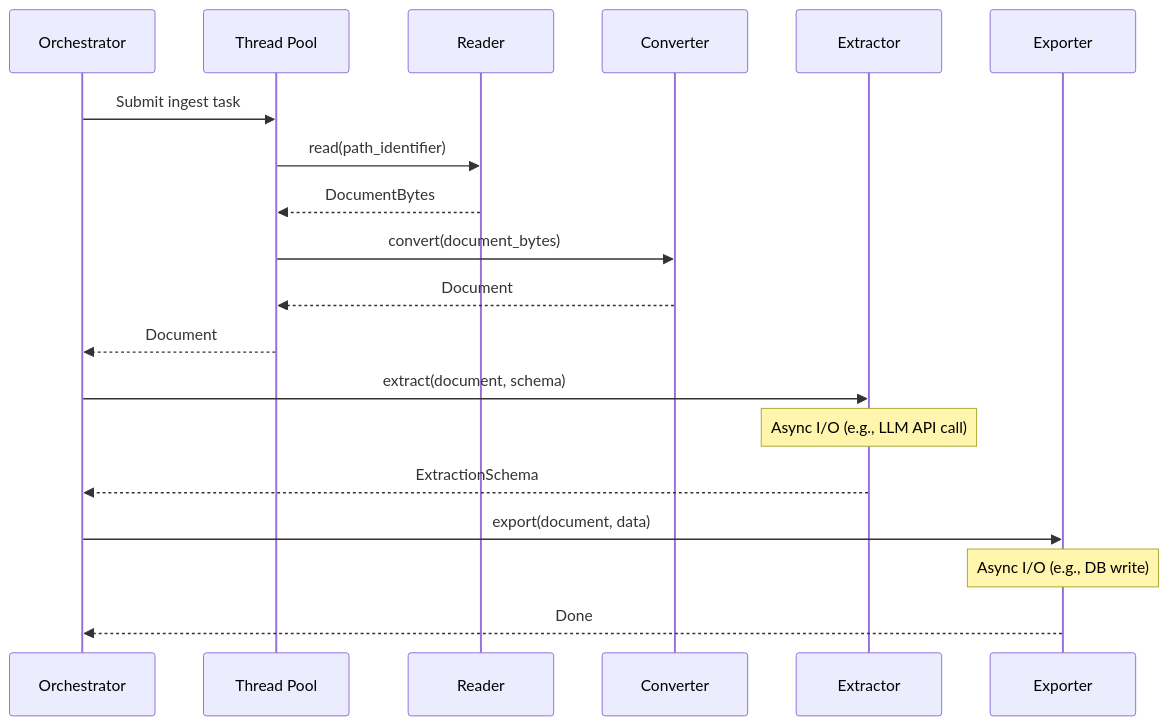
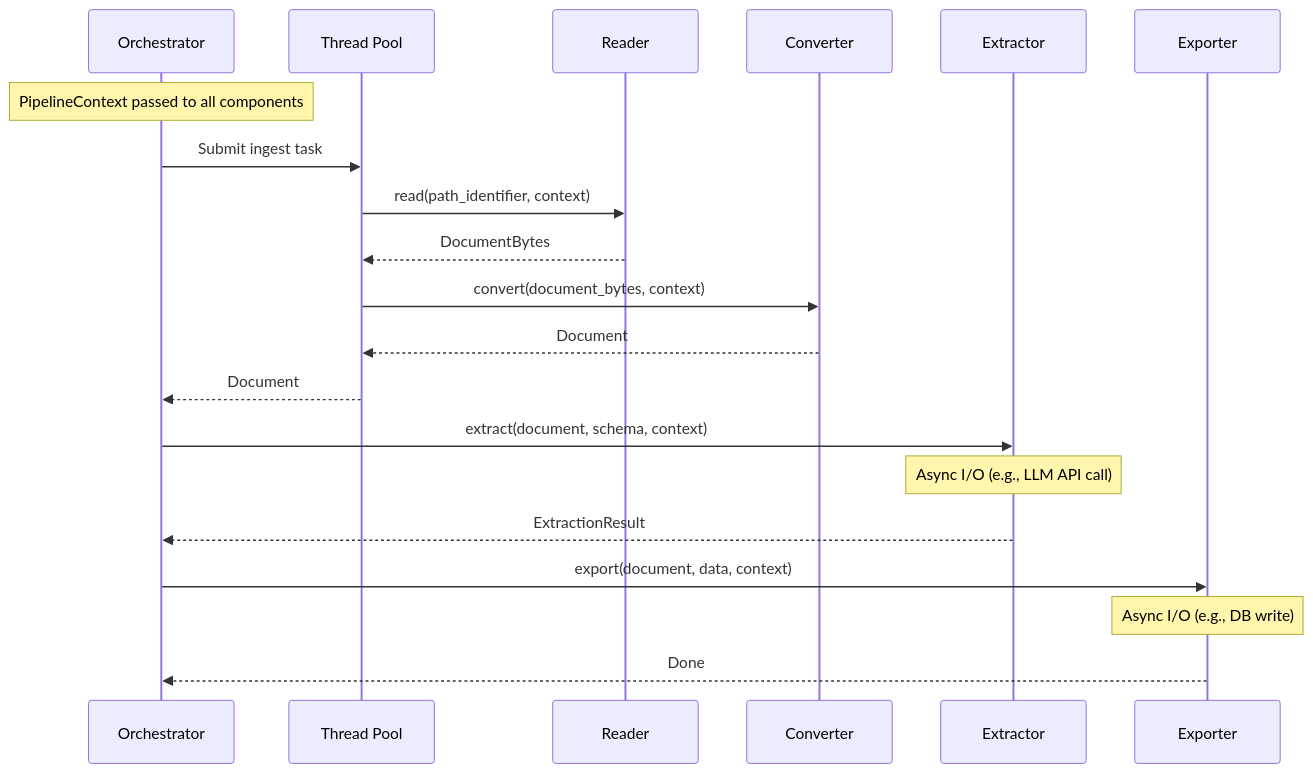
Before and after one commit to artefactory-uk/document-extraction-tools: the second of 3 diagrams in docs/concepts/extraction-pipeline.md, drawn with Mermaid. The commit also changed other lines of this file and 12 other files, not shown here.

````diff
--- a/docs/concepts/extraction-pipeline.md
+++ b/docs/concepts/extraction-pipeline.md
@@ -34,24 +34,26 @@
 ```mermaid
 sequenceDiagram
     participant O as Orchestrator
     participant TP as Thread Pool
     participant R as Reader
     participant C as Converter
     participant E as Extractor
     participant EX as Exporter
 
+    Note over O: PipelineContext passed to all components
+
     O->>TP: Submit ingest task
-    TP->>R: read(path_identifier)
+    TP->>R: read(path_identifier, context)
     R-->>TP: DocumentBytes
-    TP->>C: convert(document_bytes)
+    TP->>C: convert(document_bytes, context)
     C-->>TP: Document
     TP-->>O: Document
 
-    O->>E: extract(document, schema)
+    O->>E: extract(document, schema, context)
     Note over E: Async I/O (e.g., LLM API call)
-    E-->>O: ExtractionSchema
+    E-->>O: ExtractionResult
 
-    O->>EX: export(document, data)
+    O->>EX: export(document, data, context)
     Note over EX: Async I/O (e.g., DB write)
     EX-->>O: Done
 ```
````
